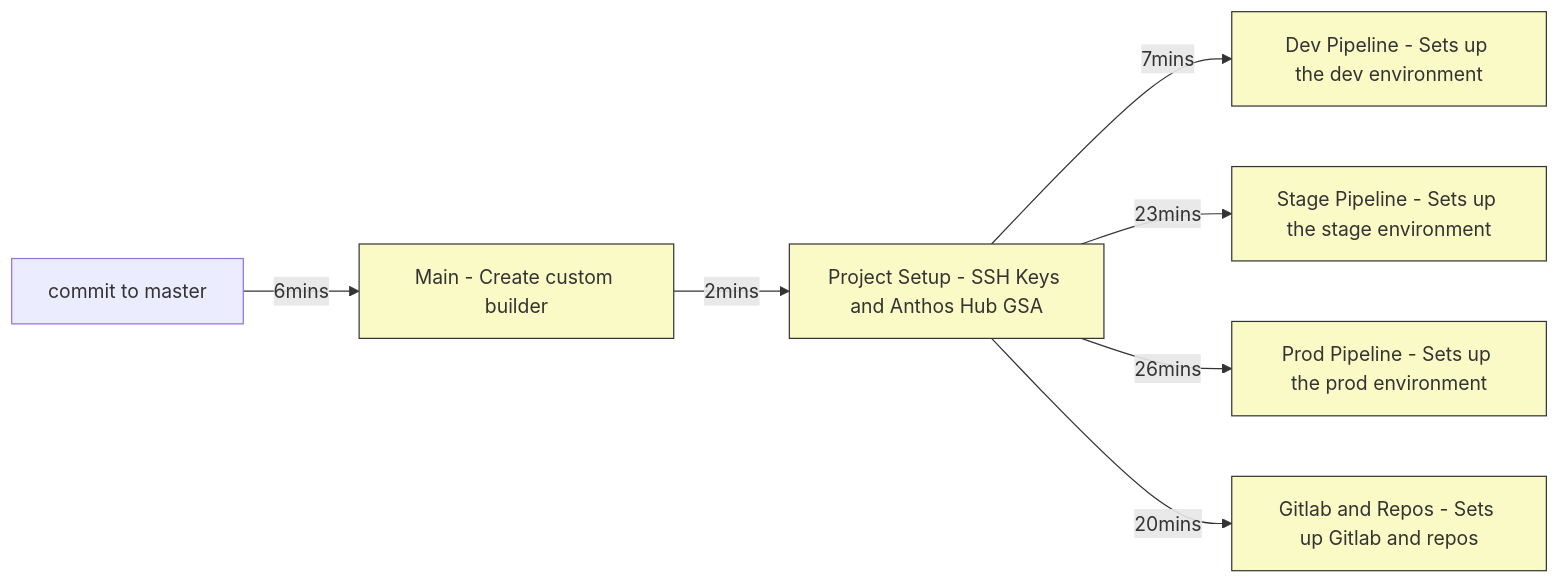
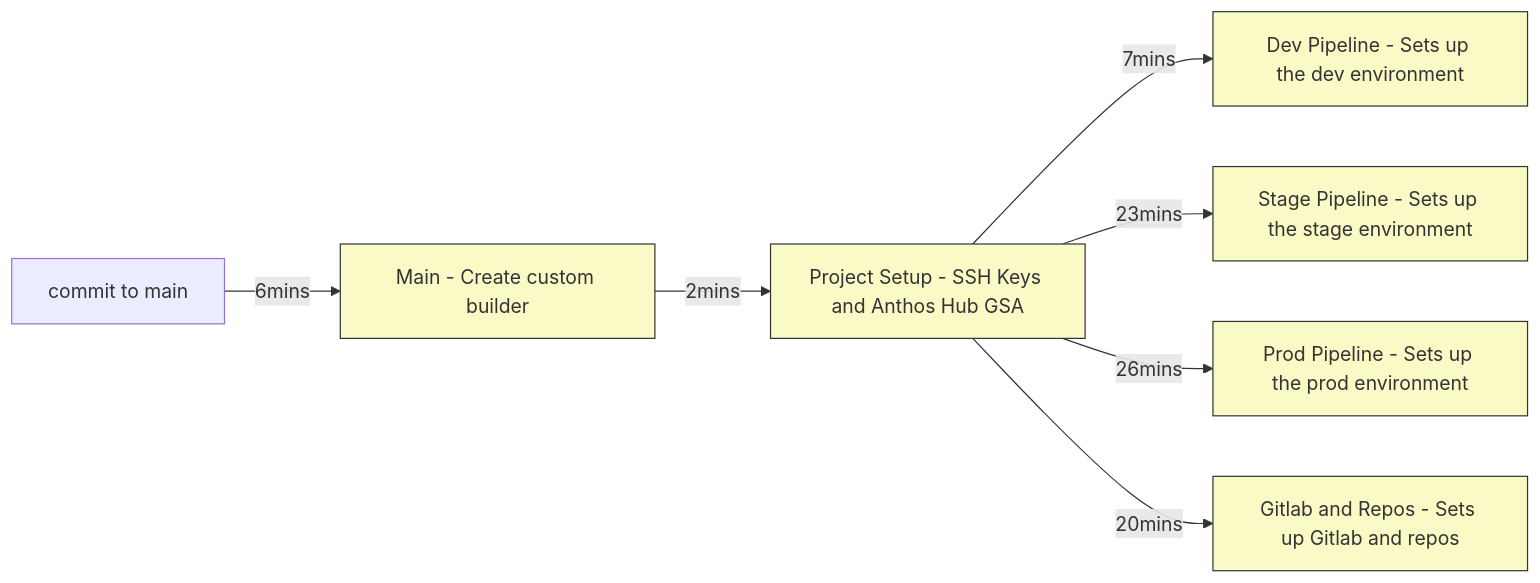
The second of 3 diagrams in README.md (swalker-sada/anthos-practice), drawn with Mermaid before and after one commit. The commit also changed other lines of this file and 3 other files, not shown here.

````diff
--- a/README.md
+++ b/README.md
@@ -156,13 +156,13 @@
 ```mermaid
 %%{init: { 'theme': 'default' } }%%
 graph LR
 classDef pipeline fill:#FAFAC6,stroke:#333;
 
-commit[commit to master] -->|6mins|Main[Main - Create custom builder] -->|2mins| Project_Setup[Project Setup - SSH Keys and Anthos Hub GSA]
+commit[commit to main] -->|6mins|Main[Main - Create custom builder] -->|2mins| Project_Setup[Project Setup - SSH Keys and Anthos Hub GSA]
 Project_Setup -->|7mins| Dev[Dev Pipeline - Sets up the dev environment]
 Project_Setup --> |23mins|Stage[Stage Pipeline - Sets up the stage environment]
 Project_Setup -->|26mins| Prod[Prod Pipeline - Sets up the prod environment]
 Project_Setup -->|20mins| Gitlab[Gitlab and Repos - Sets up Gitlab and repos]
 
 class Main,Project_Setup,Dev,Stage,Prod,Gitlab pipeline;
 ```
````
